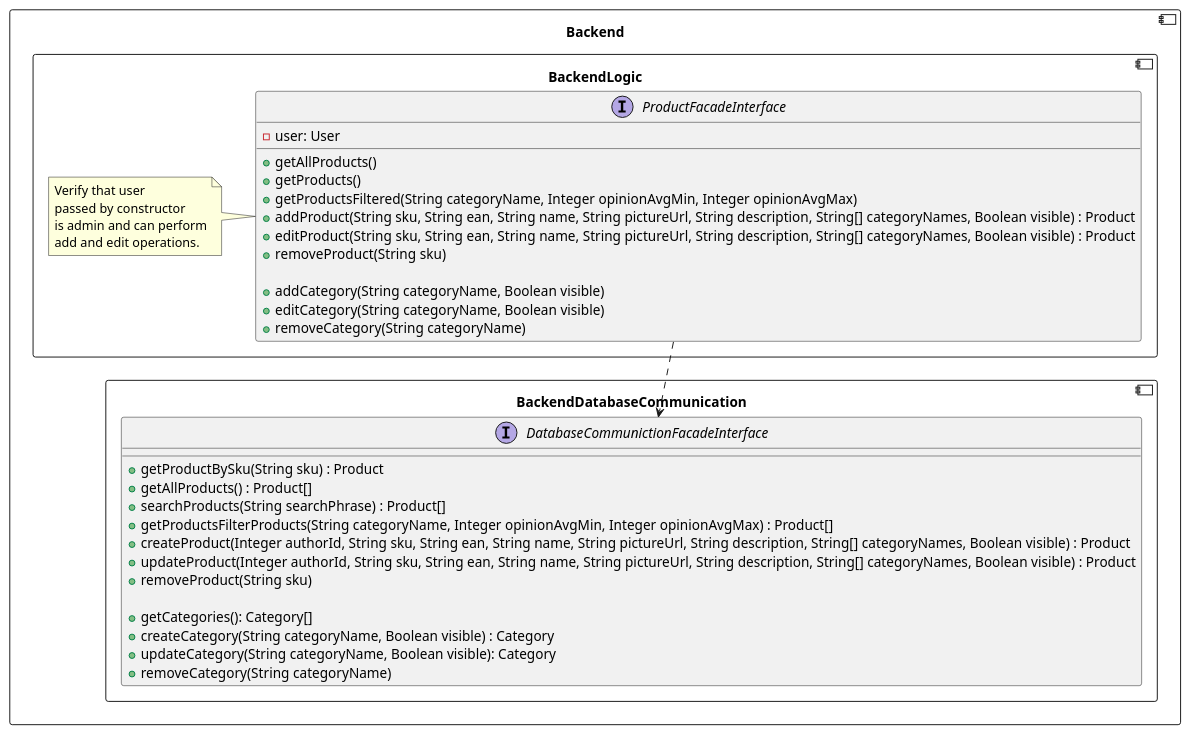
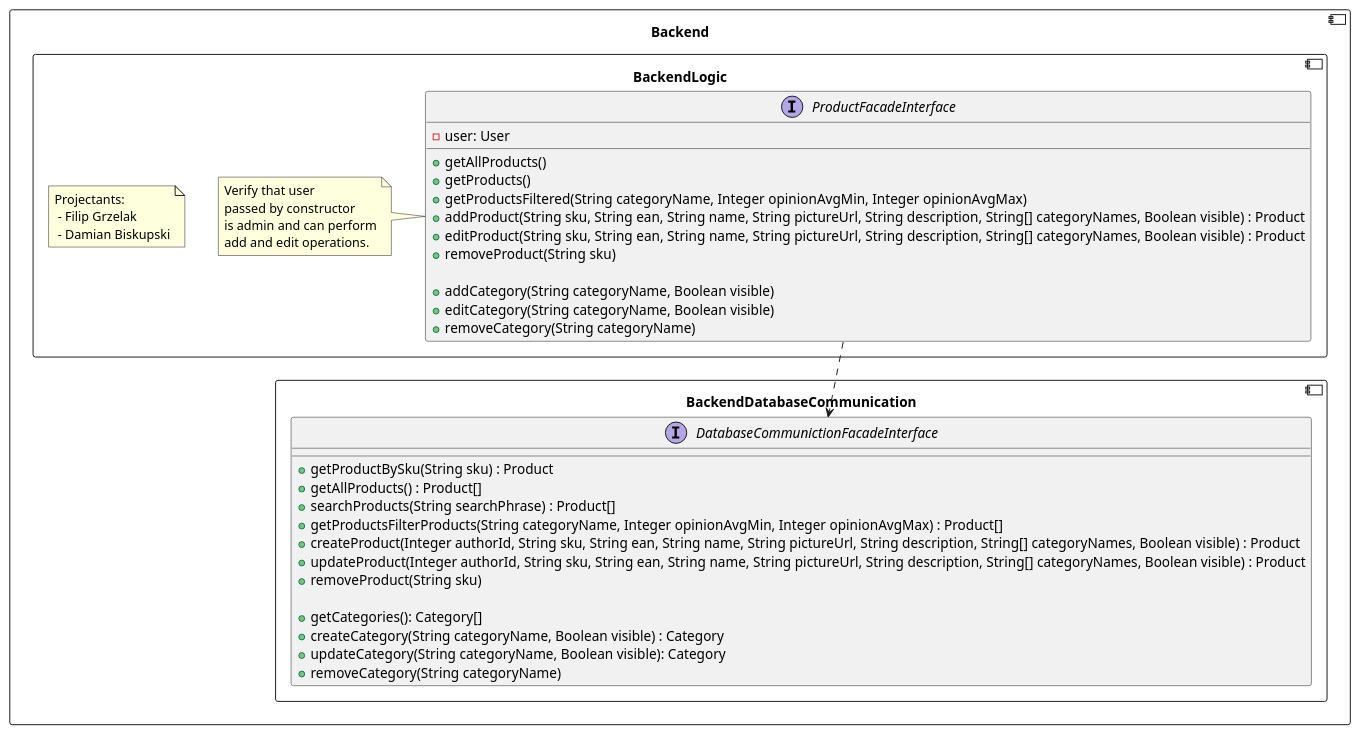
One commit to RadekBucki/OpinionCollectorArchitecture changed the third of 5 diagrams in backend/BackendLogic.md. Above: the diagram before and after it, drawn with PlantUML. The commit also changed other lines of this file and 1 other file, not shown here.

Commit message:
Add authors

````diff
--- a/backend/BackendLogic.md
+++ b/backend/BackendLogic.md
@@ -76,46 +82,52 @@
 ```plantuml
 @startuml
 component Backend {
     component BackendDatabaseCommunication {
         interface DatabaseCommunictionFacadeInterface {
             + getProductBySku(String sku) : Product
             + getAllProducts() : Product[]
             + searchProducts(String searchPhrase) : Product[]
             + getProductsFilterProducts(String categoryName, Integer opinionAvgMin, Integer opinionAvgMax) : Product[]
             + createProduct(Integer authorId, String sku, String ean, String name, String pictureUrl, String description, String[] categoryNames, Boolean visible) : Product
             + updateProduct(Integer authorId, String sku, String ean, String name, String pictureUrl, String description, String[] categoryNames, Boolean visible) : Product
             + removeProduct(String sku)
             
             + getCategories(): Category[]
             + createCategory(String categoryName, Boolean visible) : Category
             + updateCategory(String categoryName, Boolean visible): Category
             + removeCategory(String categoryName)
         }
     }
     
     component BackendLogic {
+        note as Authors
+            Projectants: 
+             - Filip Grzelak
+             - Damian Biskupski
+        endnote
+        
         ProductFacadeInterface  ..> DatabaseCommunictionFacadeInterface
         interface ProductFacadeInterface {
             - user: User
             + getAllProducts()
             + getProducts()
             + getProductsFiltered(String categoryName, Integer opinionAvgMin, Integer opinionAvgMax)
             + addProduct(String sku, String ean, String name, String pictureUrl, String description, String[] categoryNames, Boolean visible) : Product
             + editProduct(String sku, String ean, String name, String pictureUrl, String description, String[] categoryNames, Boolean visible) : Product
             + removeProduct(String sku)
             
             + addCategory(String categoryName, Boolean visible)
             + editCategory(String categoryName, Boolean visible)
             + removeCategory(String categoryName)
         }
     
         note left of ProductFacadeInterface
             Verify that user
             passed by constructor
             is admin and can perform
             add and edit operations.
         endnote
     }
 }
 @enduml 
 ```
````
